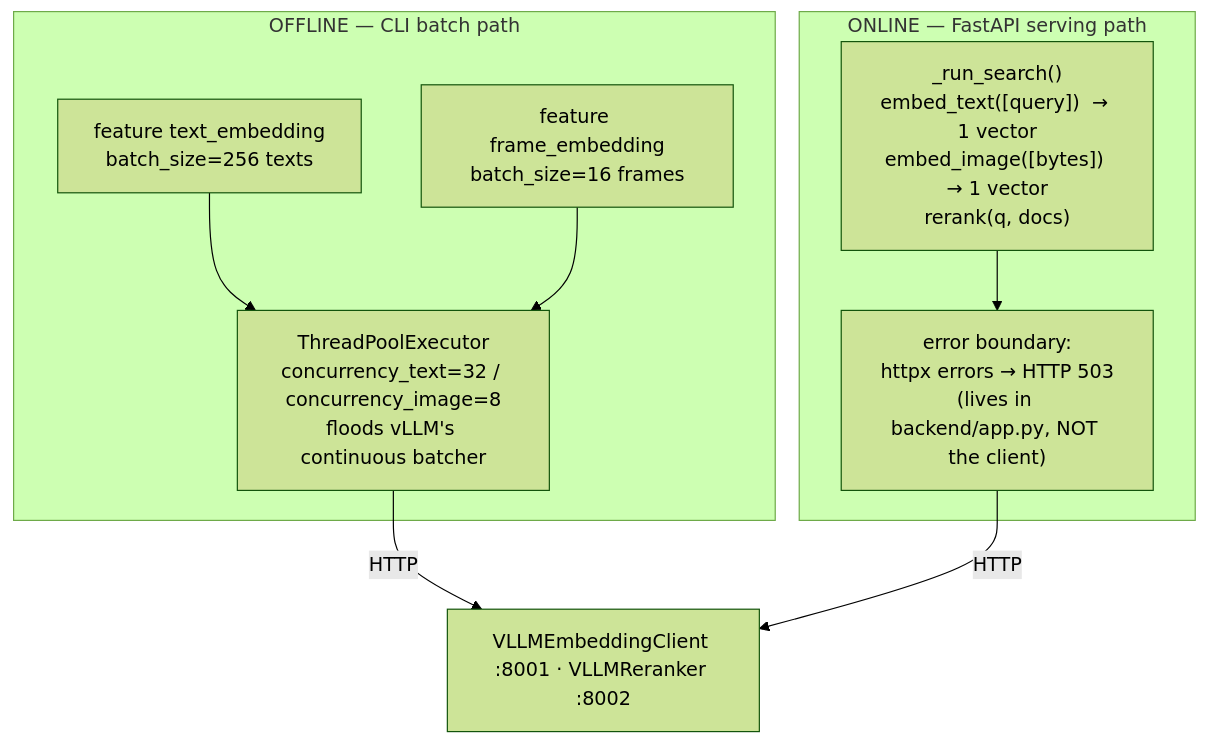
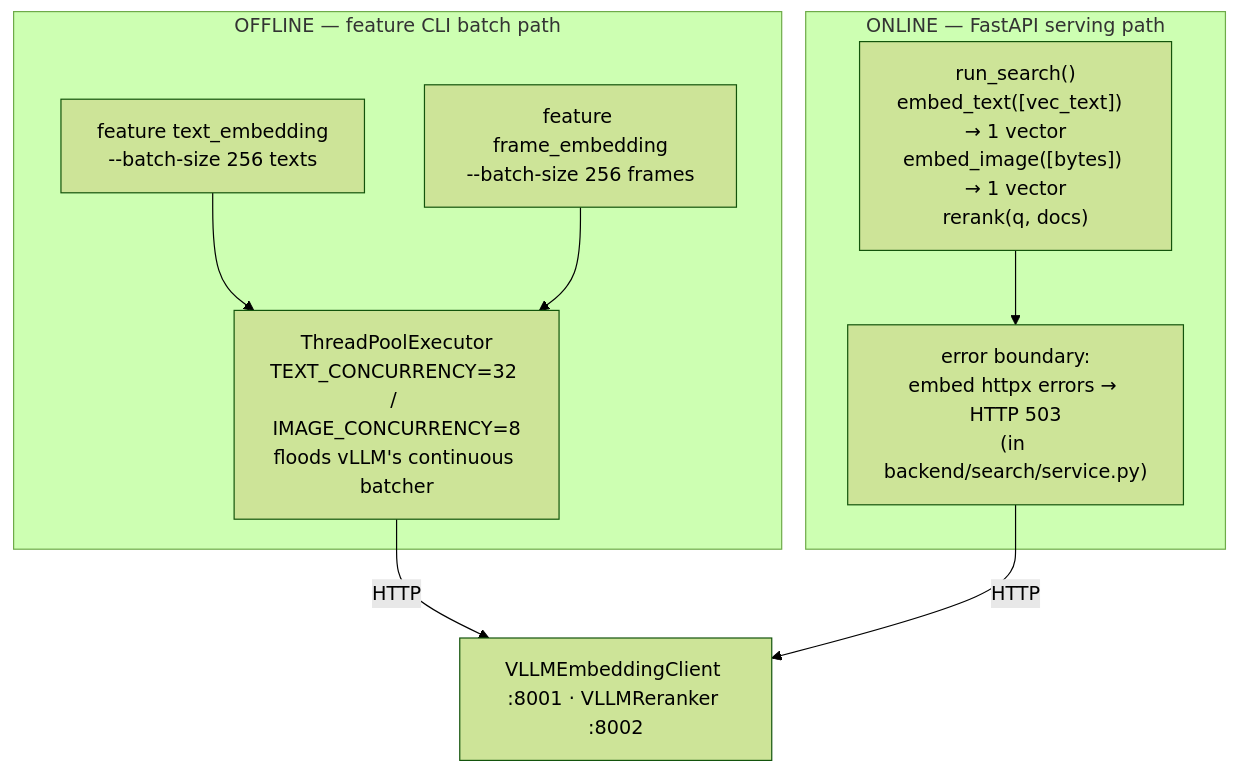
The second of 5 diagrams in docs/EMBEDDINGS.md (Borg93/lance-audio-demo), drawn with Mermaid (forest theme) before and after one commit. The commit also changed other lines of this file and 17 other files, not shown here.

````diff
--- a/docs/EMBEDDINGS.md
+++ b/docs/EMBEDDINGS.md
@@ -198,19 +208,19 @@
 ```mermaid
 flowchart TD
-    subgraph offline["OFFLINE — CLI batch path"]
-        EC["feature text_embedding<br/>batch_size=256 texts"]
-        EF["feature frame_embedding<br/>batch_size=16 frames"]
-        TPE["ThreadPoolExecutor<br/>concurrency_text=32 / concurrency_image=8<br/>floods vLLM's continuous batcher"]
+    subgraph offline["OFFLINE — feature CLI batch path"]
+        EC["feature text_embedding<br/>--batch-size 256 texts"]
+        EF["feature frame_embedding<br/>--batch-size 256 frames"]
+        TPE["ThreadPoolExecutor<br/>TEXT_CONCURRENCY=32 / IMAGE_CONCURRENCY=8<br/>floods vLLM's continuous batcher"]
         EC --> TPE
         EF --> TPE
     end
 
     subgraph online["ONLINE — FastAPI serving path"]
-        RS["_run_search()<br/>embed_text([query])  → 1 vector<br/>embed_image([bytes]) → 1 vector<br/>rerank(q, docs)"]
-        BND["error boundary:<br/>httpx errors → HTTP 503<br/>(lives in backend/app.py, NOT the client)"]
+        RS["run_search()<br/>embed_text([vec_text])  → 1 vector<br/>embed_image([bytes]) → 1 vector<br/>rerank(q, docs)"]
+        BND["error boundary:<br/>embed httpx errors → HTTP 503<br/>(in backend/search/service.py)"]
         RS --> BND
     end
 
     TPE -->|"HTTP"| V["VLLMEmbeddingClient :8001 · VLLMReranker :8002"]
     BND -->|"HTTP"| V
 ```
````
